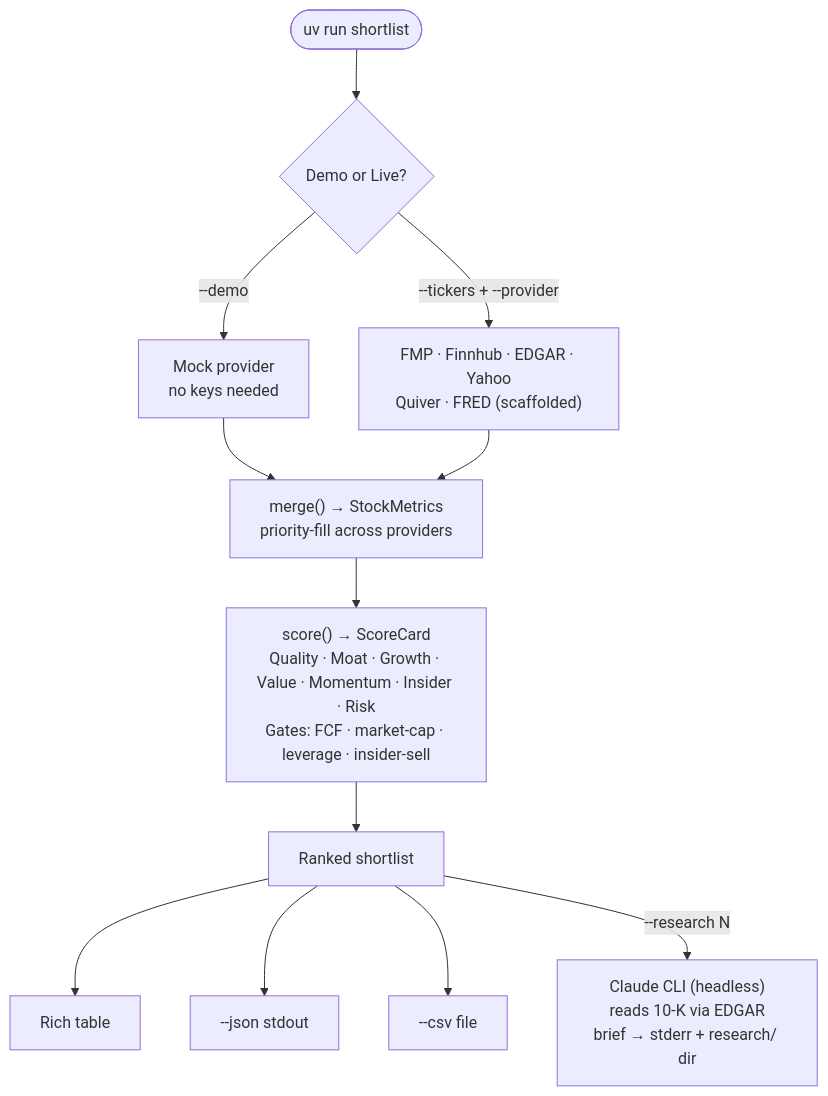
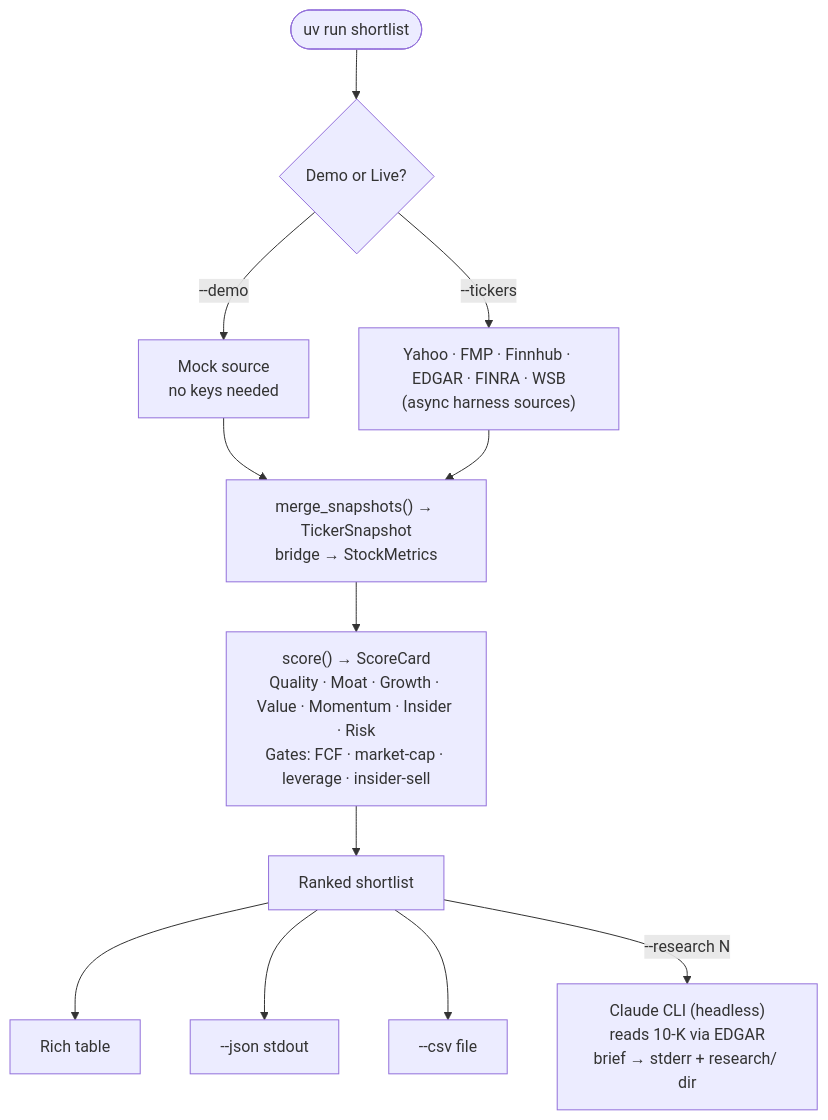
The first of 2 diagrams in README.md (christurgeon/shortlist), drawn with Mermaid before and after one commit. The commit also changed other lines of this file and 27 other files, not shown here.

````diff
--- a/README.md
+++ b/README.md
@@ -25,21 +25,21 @@
 ```mermaid
 flowchart TD
     A(["uv run shortlist"])
     A --> B{Demo or Live?}
 
-    B -->|"--demo"| C["Mock provider\nno keys needed"]
-    B -->|"--tickers + --provider"| D["FMP · Finnhub · EDGAR · Yahoo\nQuiver · FRED (scaffolded)"]
+    B -->|"--demo"| C["Mock source\nno keys needed"]
+    B -->|"--tickers"| D["Yahoo · FMP · Finnhub · EDGAR · FINRA · WSB\n(async harness sources)"]
 
-    C --> E["merge() → StockMetrics\npriority-fill across providers"]
+    C --> E["merge_snapshots() → TickerSnapshot\nbridge → StockMetrics"]
     D --> E
 
     E --> F["score() → ScoreCard\nQuality · Moat · Growth · Value · Momentum · Insider · Risk\nGates: FCF · market-cap · leverage · insider-sell"]
 
     F --> G[Ranked shortlist]
 
     G --> I[Rich table]
     G --> J["--json stdout"]
     G --> K["--csv file"]
 
     G -->|"--research N"| H["Claude CLI (headless)\nreads 10-K via EDGAR\nbrief → stderr + research/ dir"]
 ```
````
